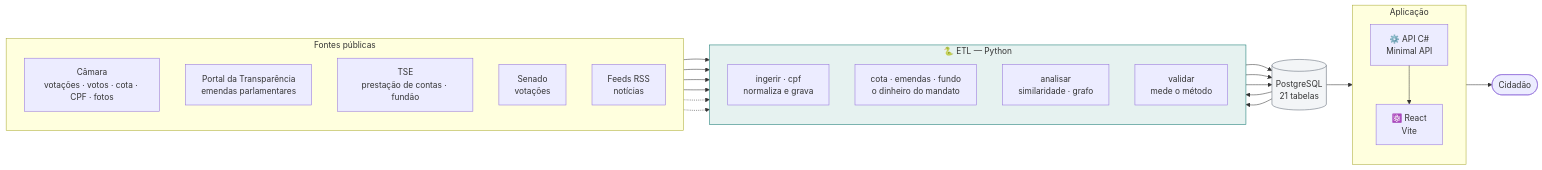
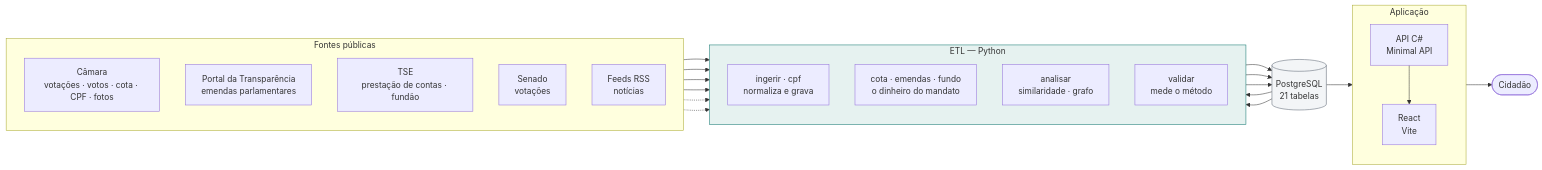
Before and after one commit to IgorLucasAssuncao/poligraph: the second of 6 diagrams in README.md, drawn with Mermaid. The commit also changed other lines of this file and 1 other file, not shown here.

````diff
--- a/README.md
+++ b/README.md
@@ -255,44 +244,44 @@
 ```mermaid
 flowchart LR
     subgraph FONTES["Fontes públicas"]
         direction TB
         CAM["Câmara<br/>votações · votos · cota · CPF · fotos"]
         POR["Portal da Transparência<br/>emendas parlamentares"]
         TSE["TSE<br/>prestação de contas · fundão"]
         SEN["Senado<br/>votações"]
         RSS["Feeds RSS<br/>notícias"]
     end
 
-    subgraph ETL["🐍 ETL — Python"]
+    subgraph ETL["ETL — Python"]
         direction TB
         ING["ingerir · cpf<br/>normaliza e grava"]
         DIN["cota · emendas · fundo<br/>o dinheiro do mandato"]
         ANA["analisar<br/>similaridade · grafo"]
         VAL["validar<br/>mede o método"]
     end
 
     PG[("PostgreSQL<br/>21 tabelas")]
 
     subgraph APP["Aplicação"]
         direction TB
-        API["⚙️ API C#<br/>Minimal API"]
-        WEB["⚛️ React<br/>Vite"]
+        API["API C#<br/>Minimal API"]
+        WEB["React<br/>Vite"]
     end
 
     CIDADAO(["Cidadão"])
 
     CAM --> ING
     CAM --> DIN
     POR --> DIN
     TSE --> DIN
     SEN -.-> ING
     RSS -.-> ING
     ING --> PG
     DIN --> PG
     PG --> ANA --> PG
     PG --> VAL
     PG --> API --> WEB --> CIDADAO
 
     style ETL fill:#e6f2f0,stroke:#0f766e
     style PG fill:#f3f5f7,stroke:#5b6673
 ```
````
